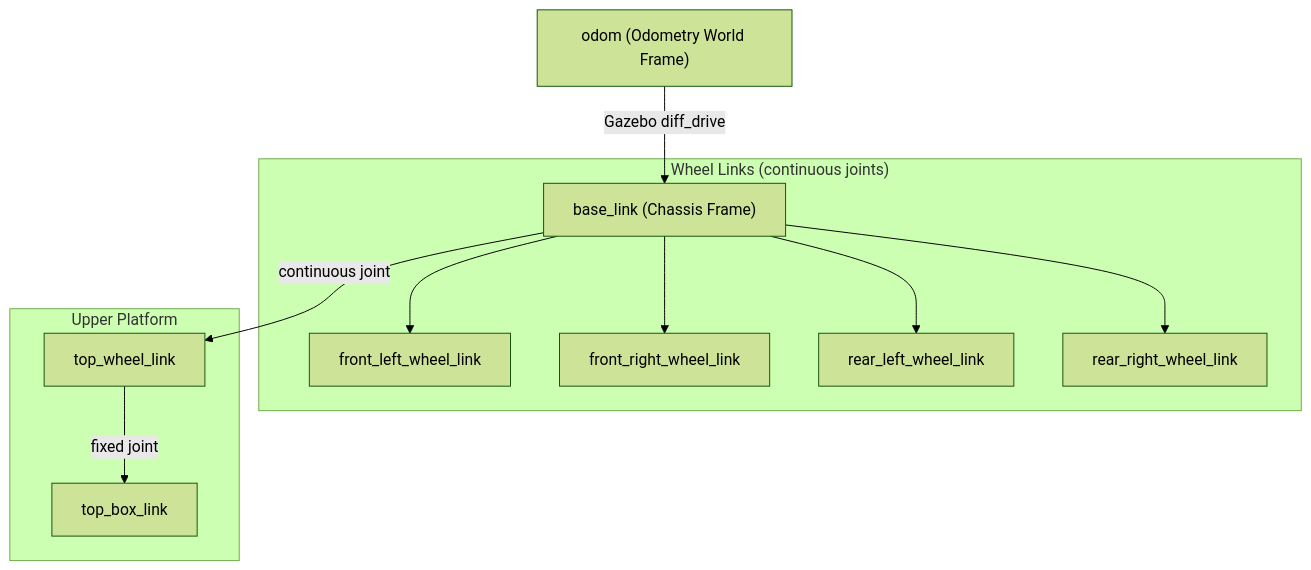
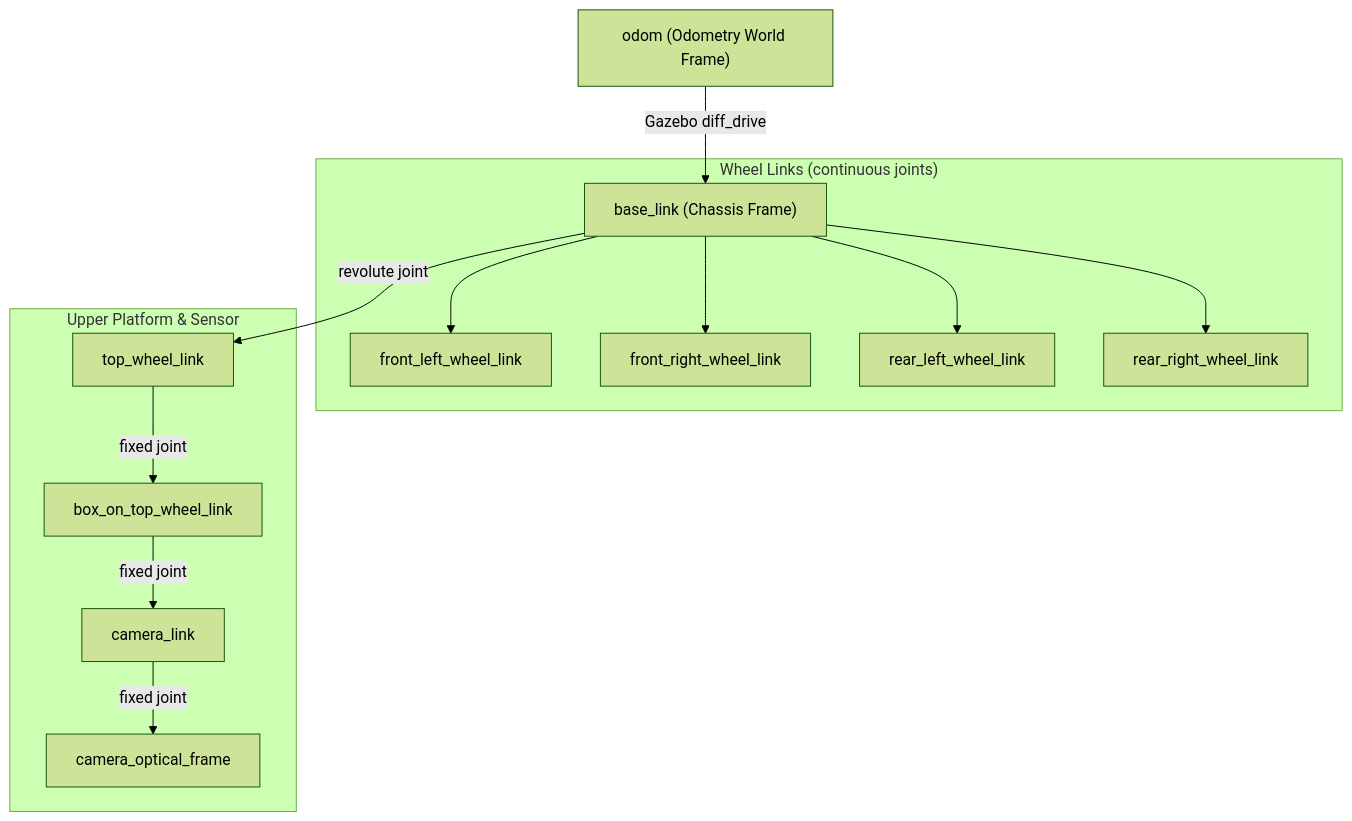
The first of 2 diagrams in 5.urdf/readme.md (jinyongnan810/ros-practice), drawn with Mermaid (forest theme) before and after one commit. The commit also changed other lines of this file and 10 other files, not shown here.

Commit message:
update: add camera sensor

````diff
--- a/5.urdf/readme.md
+++ b/5.urdf/readme.md
@@ -199,16 +199,18 @@
 ```mermaid
 flowchart TD
     world["odom (Odometry World Frame)"] -->|"Gazebo diff_drive"| base_link["base_link (Chassis Frame)"]
     
     subgraph Wheels["Wheel Links (continuous joints)"]
         base_link --> front_left["front_left_wheel_link"]
         base_link --> front_right["front_right_wheel_link"]
         base_link --> rear_left["rear_left_wheel_link"]
         base_link --> rear_right["rear_right_wheel_link"]
     end
 
-    subgraph Turret["Upper Platform"]
-        base_link -->|"continuous joint"| top_wheel["top_wheel_link"]
-        top_wheel -->|"fixed joint"| top_box["top_box_link"]
+    subgraph Turret["Upper Platform & Sensor"]
+        base_link -->|"revolute joint"| top_wheel["top_wheel_link"]
+        top_wheel -->|"fixed joint"| top_box["box_on_top_wheel_link"]
+        top_box -->|"fixed joint"| camera["camera_link"]
+        camera -->|"fixed joint"| camera_opt["camera_optical_frame"]
     end
 ```
````
